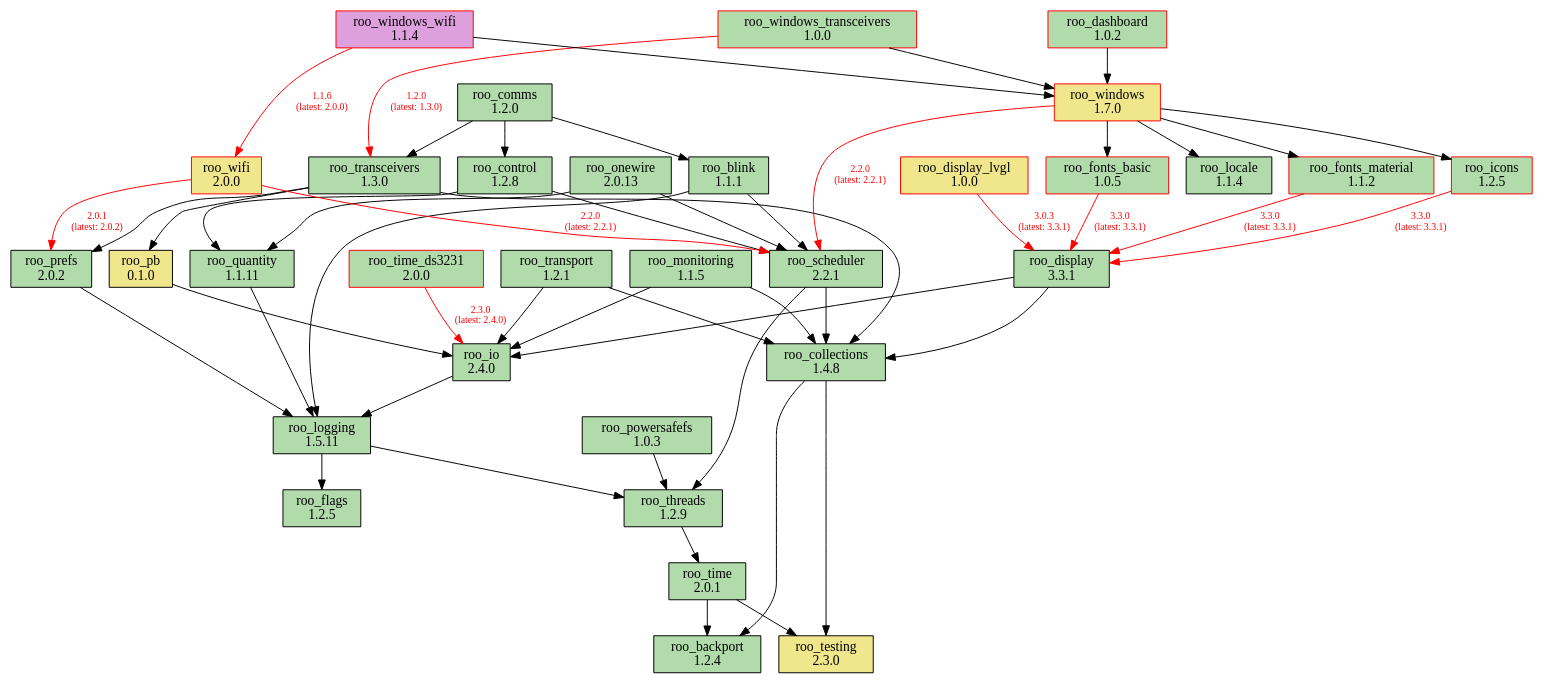
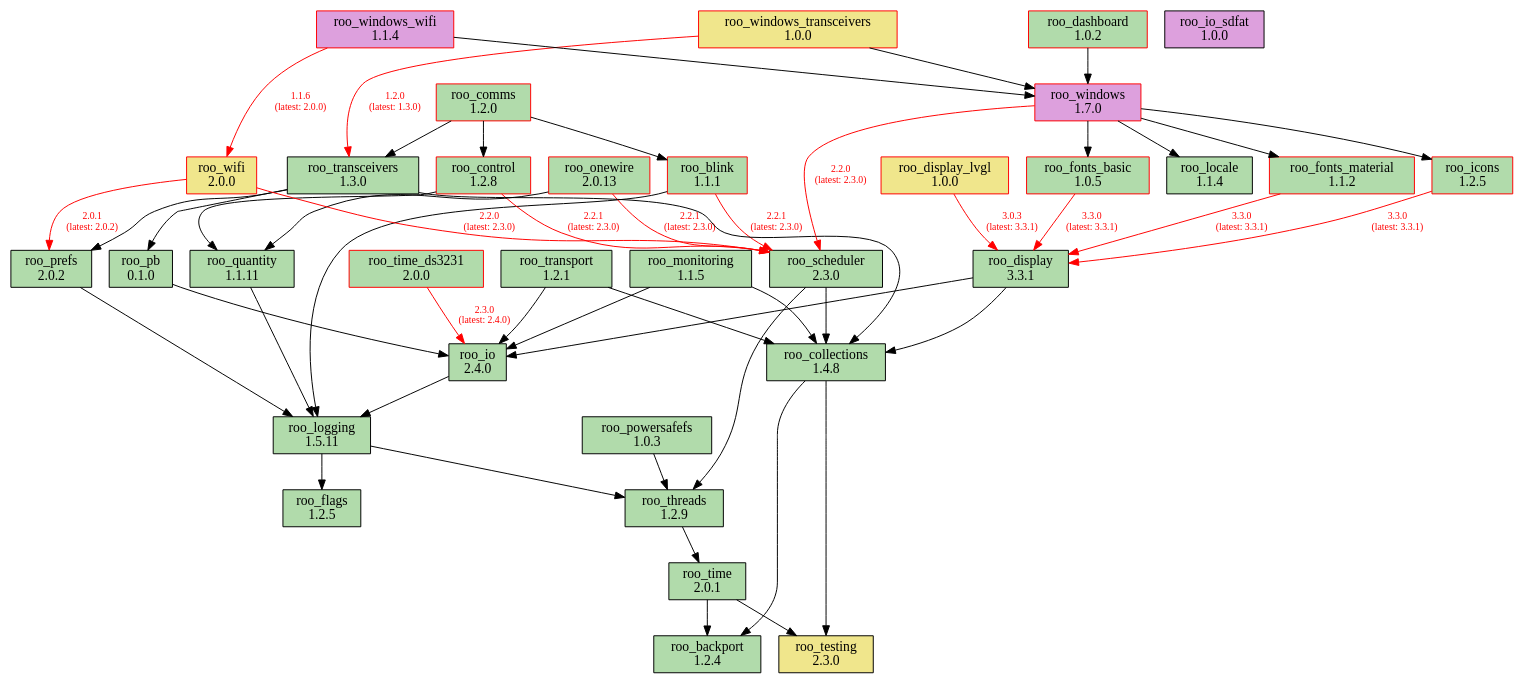
The diagram in doc/dependencies.dot (dejwk/roo-registry), drawn with Graphviz before and after one commit. The commit also changed 3 other files, not shown here.

Commit message:
Added roo_scheduler 2.3.0 to the registry.

```diff
--- a/doc/dependencies.dot
+++ b/doc/dependencies.dot
@@ -1,90 +1,91 @@
 digraph dependencies {
     rankdir=TB;
     node [shape=box, style=filled];
     edge [fontsize=10];
 
     // Modules
     "roo_backport" [label="roo_backport\n1.2.4", fillcolor="#b1dbab", color="black"];
-    "roo_blink" [label="roo_blink\n1.1.1", fillcolor="#b1dbab", color="black"];
+    "roo_blink" [label="roo_blink\n1.1.1", fillcolor="#b1dbab", color="red"];
     "roo_collections" [label="roo_collections\n1.4.8", fillcolor="#b1dbab", color="black"];
-    "roo_comms" [label="roo_comms\n1.2.0", fillcolor="#b1dbab", color="black"];
-    "roo_control" [label="roo_control\n1.2.8", fillcolor="#b1dbab", color="black"];
+    "roo_comms" [label="roo_comms\n1.2.0", fillcolor="#b1dbab", color="red"];
+    "roo_control" [label="roo_control\n1.2.8", fillcolor="#b1dbab", color="red"];
     "roo_dashboard" [label="roo_dashboard\n1.0.2", fillcolor="#b1dbab", color="red"];
     "roo_display" [label="roo_display\n3.3.1", fillcolor="#b1dbab", color="black"];
     "roo_display_lvgl" [label="roo_display_lvgl\n1.0.0", fillcolor="khaki", color="red"];
     "roo_flags" [label="roo_flags\n1.2.5", fillcolor="#b1dbab", color="black"];
     "roo_fonts_basic" [label="roo_fonts_basic\n1.0.5", fillcolor="#b1dbab", color="red"];
     "roo_fonts_material" [label="roo_fonts_material\n1.1.2", fillcolor="#b1dbab", color="red"];
     "roo_icons" [label="roo_icons\n1.2.5", fillcolor="#b1dbab", color="red"];
     "roo_io" [label="roo_io\n2.4.0", fillcolor="#b1dbab", color="black"];
+    "roo_io_sdfat" [label="roo_io_sdfat\n1.0.0", fillcolor="plum", color="black"];
     "roo_locale" [label="roo_locale\n1.1.4", fillcolor="#b1dbab", color="black"];
     "roo_logging" [label="roo_logging\n1.5.11", fillcolor="#b1dbab", color="black"];
     "roo_monitoring" [label="roo_monitoring\n1.1.5", fillcolor="#b1dbab", color="black"];
-    "roo_onewire" [label="roo_onewire\n2.0.13", fillcolor="#b1dbab", color="black"];
-    "roo_pb" [label="roo_pb\n0.1.0", fillcolor="khaki", color="black"];
+    "roo_onewire" [label="roo_onewire\n2.0.13", fillcolor="#b1dbab", color="red"];
+    "roo_pb" [label="roo_pb\n0.1.0", fillcolor="#b1dbab", color="black"];
     "roo_powersafefs" [label="roo_powersafefs\n1.0.3", fillcolor="#b1dbab", color="black"];
     "roo_prefs" [label="roo_prefs\n2.0.2", fillcolor="#b1dbab", color="black"];
     "roo_quantity" [label="roo_quantity\n1.1.11", fillcolor="#b1dbab", color="black"];
-    "roo_scheduler" [label="roo_scheduler\n2.2.1", fillcolor="#b1dbab", color="black"];
+    "roo_scheduler" [label="roo_scheduler\n2.3.0", fillcolor="#b1dbab", color="black"];
     "roo_testing" [label="roo_testing\n2.3.0", fillcolor="khaki", color="black"];
     "roo_threads" [label="roo_threads\n1.2.9", fillcolor="#b1dbab", color="black"];
     "roo_time" [label="roo_time\n2.0.1", fillcolor="#b1dbab", color="black"];
     "roo_time_ds3231" [label="roo_time_ds3231\n2.0.0", fillcolor="#b1dbab", color="red"];
     "roo_transceivers" [label="roo_transceivers\n1.3.0", fillcolor="#b1dbab", color="black"];
     "roo_transport" [label="roo_transport\n1.2.1", fillcolor="#b1dbab", color="black"];
     "roo_wifi" [label="roo_wifi\n2.0.0", fillcolor="khaki", color="red"];
-    "roo_windows" [label="roo_windows\n1.7.0", fillcolor="khaki", color="red"];
-    "roo_windows_transceivers" [label="roo_windows_transceivers\n1.0.0", fillcolor="#b1dbab", color="red"];
+    "roo_windows" [label="roo_windows\n1.7.0", fillcolor="plum", color="red"];
+    "roo_windows_transceivers" [label="roo_windows_transceivers\n1.0.0", fillcolor="khaki", color="red"];
     "roo_windows_wifi" [label="roo_windows_wifi\n1.1.4", fillcolor="plum", color="red"];
 
     // Dependencies
     "roo_blink" -> "roo_logging";
-    "roo_blink" -> "roo_scheduler";
+    "roo_blink" -> "roo_scheduler" [color=red, fontcolor=red, label="2.2.1\n(latest: 2.3.0)"];
     "roo_collections" -> "roo_testing";
     "roo_collections" -> "roo_backport";
     "roo_comms" -> "roo_blink";
     "roo_comms" -> "roo_control";
     "roo_comms" -> "roo_transceivers";
     "roo_control" -> "roo_quantity";
-    "roo_control" -> "roo_scheduler";
+    "roo_control" -> "roo_scheduler" [color=red, fontcolor=red, label="2.2.1\n(latest: 2.3.0)"];
     "roo_dashboard" -> "roo_windows";
     "roo_display" -> "roo_collections";
     "roo_display" -> "roo_io";
     "roo_display_lvgl" -> "roo_display" [color=red, fontcolor=red, label="3.0.3\n(latest: 3.3.1)"];
     "roo_fonts_basic" -> "roo_display" [color=red, fontcolor=red, label="3.3.0\n(latest: 3.3.1)"];
     "roo_fonts_material" -> "roo_display" [color=red, fontcolor=red, label="3.3.0\n(latest: 3.3.1)"];
     "roo_icons" -> "roo_display" [color=red, fontcolor=red, label="3.3.0\n(latest: 3.3.1)"];
     "roo_io" -> "roo_logging";
     "roo_logging" -> "roo_flags";
     "roo_logging" -> "roo_threads";
     "roo_monitoring" -> "roo_collections";
     "roo_monitoring" -> "roo_io";
-    "roo_onewire" -> "roo_scheduler";
+    "roo_onewire" -> "roo_scheduler" [color=red, fontcolor=red, label="2.2.1\n(latest: 2.3.0)"];
     "roo_onewire" -> "roo_quantity";
     "roo_pb" -> "roo_io";
     "roo_powersafefs" -> "roo_threads";
     "roo_prefs" -> "roo_logging";
     "roo_quantity" -> "roo_logging";
     "roo_scheduler" -> "roo_collections";
     "roo_scheduler" -> "roo_threads";
     "roo_threads" -> "roo_time";
     "roo_time" -> "roo_testing";
     "roo_time" -> "roo_backport";
     "roo_time_ds3231" -> "roo_io" [color=red, fontcolor=red, label="2.3.0\n(latest: 2.4.0)"];
     "roo_transceivers" -> "roo_pb";
     "roo_transceivers" -> "roo_collections";
     "roo_transceivers" -> "roo_prefs";
     "roo_transport" -> "roo_collections";
     "roo_transport" -> "roo_io";
     "roo_wifi" -> "roo_prefs" [color=red, fontcolor=red, label="2.0.1\n(latest: 2.0.2)"];
-    "roo_wifi" -> "roo_scheduler" [color=red, fontcolor=red, label="2.2.0\n(latest: 2.2.1)"];
+    "roo_wifi" -> "roo_scheduler" [color=red, fontcolor=red, label="2.2.0\n(latest: 2.3.0)"];
     "roo_windows" -> "roo_fonts_basic";
     "roo_windows" -> "roo_fonts_material";
     "roo_windows" -> "roo_locale";
     "roo_windows" -> "roo_icons";
-    "roo_windows" -> "roo_scheduler" [color=red, fontcolor=red, label="2.2.0\n(latest: 2.2.1)"];
+    "roo_windows" -> "roo_scheduler" [color=red, fontcolor=red, label="2.2.0\n(latest: 2.3.0)"];
     "roo_windows_transceivers" -> "roo_transceivers" [color=red, fontcolor=red, label="1.2.0\n(latest: 1.3.0)"];
     "roo_windows_transceivers" -> "roo_windows";
     "roo_windows_wifi" -> "roo_wifi" [color=red, fontcolor=red, label="1.1.6\n(latest: 2.0.0)"];
     "roo_windows_wifi" -> "roo_windows";
 }
```
